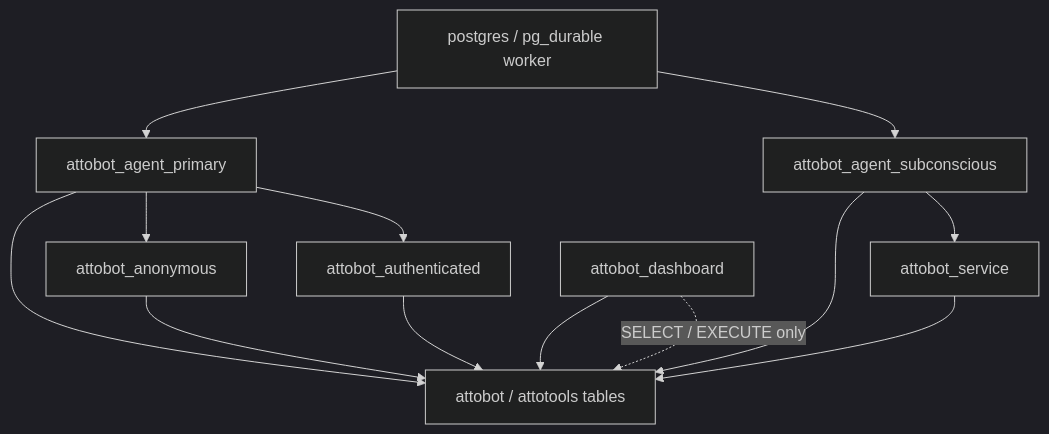
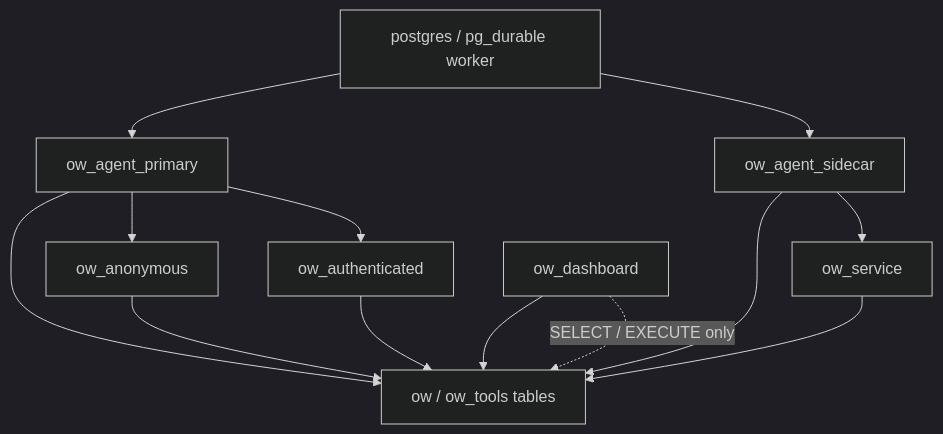
The diagram in README.md (sweatybridge/OpenWorld), drawn with Mermaid (dark theme) before and after one commit. The commit also changed other lines of this file and 195 other files, not shown here.

````diff
--- a/README.md
+++ b/README.md
@@ -62,24 +62,24 @@
 ```mermaid
 graph TD
-  db["attobot / attotools tables"]
+  db["ow / ow_tools tables"]
   orchestrator["postgres / pg_durable worker"]
-  primary["attobot_agent_primary"]
-  subconscious["attobot_agent_subconscious"]
-  anon["attobot_anonymous"]
-  auth["attobot_authenticated"]
-  service["attobot_service"]
-  dashboard["attobot_dashboard"]
+  primary["ow_agent_primary"]
+  sidecar["ow_agent_sidecar"]
+  anon["ow_anonymous"]
+  auth["ow_authenticated"]
+  service["ow_service"]
+  dashboard["ow_dashboard"]
 
   orchestrator --> primary
-  orchestrator --> subconscious
+  orchestrator --> sidecar
   primary --> db
-  subconscious --> db
+  sidecar --> db
   anon --> db
   auth --> db
   service --> db
   dashboard --> db
   primary --> anon
   primary --> auth
-  subconscious --> service
+  sidecar --> service
   dashboard -. "SELECT / EXECUTE only" .-> db
 ```
````
